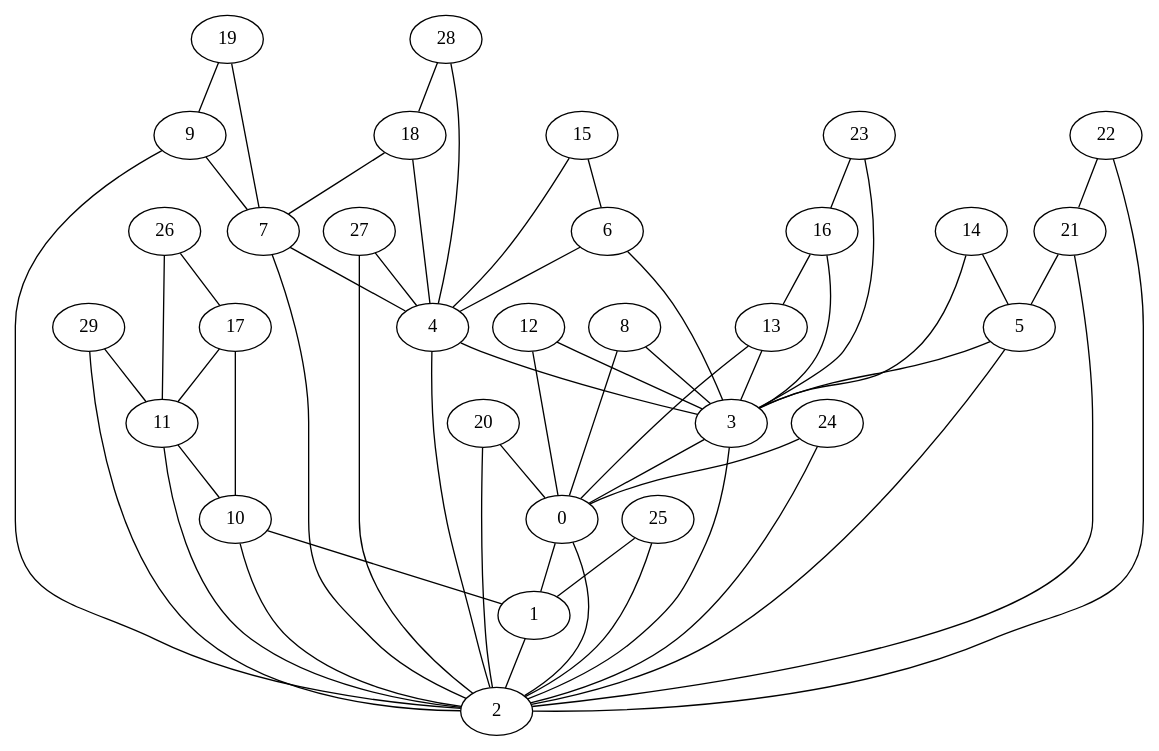
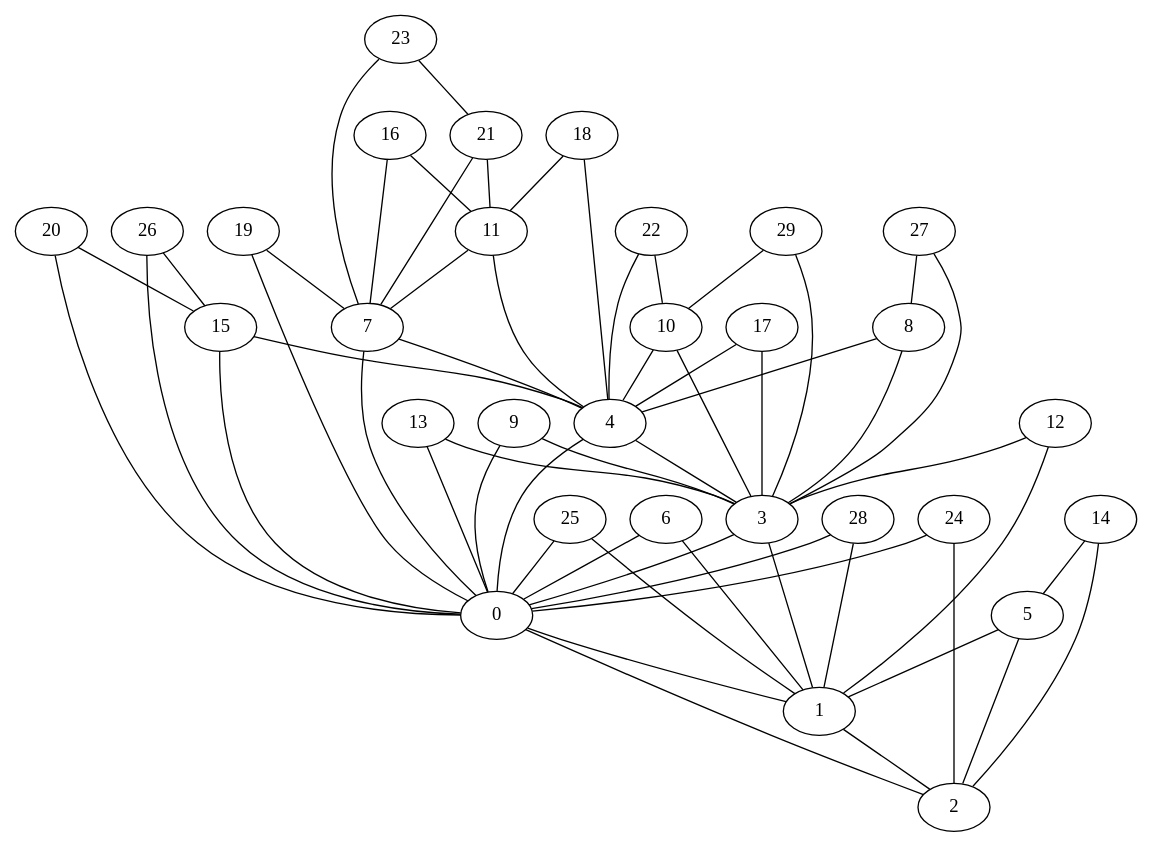
Before and after one commit to amorac4/DAA24: the diagram in grafo_Dorogovtsev-Mendes_30.gv, drawn with Graphviz. The commit also changed 17 other files, not shown here.

```diff
--- a/grafo_Dorogovtsev-Mendes_30.gv
+++ b/grafo_Dorogovtsev-Mendes_30.gv
@@ -1,59 +1,59 @@
 graph G {
+    "16" -- "11";
     "7" -- "4";
-    "29" -- "2";
-    "11" -- "10";
-    "17" -- "10";
+    "3" -- "1";
+    "21" -- "7";
+    "8" -- "4";
+    "20" -- "15";
+    "18" -- "4";
     "20" -- "0";
-    "0" -- "2";
-    "18" -- "4";
-    "27" -- "4";
-    "22" -- "2";
+    "7" -- "0";
+    "6" -- "1";
+    "16" -- "7";
+    "22" -- "4";
+    "11" -- "7";
     "5" -- "2";
     "3" -- "0";
-    "14" -- "3";
+    "17" -- "3";
+    "26" -- "15";
+    "28" -- "0";
     "1" -- "2";
     "25" -- "1";
-    "9" -- "2";
+    "15" -- "0";
+    "10" -- "3";
     "24" -- "0";
-    "16" -- "13";
+    "5" -- "1";
     "19" -- "7";
-    "6" -- "3";
-    "10" -- "1";
-    "16" -- "3";
-    "15" -- "6";
-    "27" -- "2";
-    "28" -- "4";
+    "28" -- "1";
+    "4" -- "0";
+    "18" -- "11";
+    "22" -- "10";
+    "23" -- "7";
+    "27" -- "3";
+    "10" -- "4";
+    "29" -- "10";
     "13" -- "3";
-    "23" -- "3";
-    "20" -- "2";
-    "18" -- "7";
-    "10" -- "2";
-    "12" -- "0";
-    "23" -- "16";
-    "26" -- "11";
-    "3" -- "2";
-    "21" -- "5";
-    "28" -- "18";
+    "25" -- "0";
+    "23" -- "21";
+    "9" -- "3";
+    "21" -- "11";
     "24" -- "2";
-    "8" -- "0";
-    "9" -- "7";
+    "14" -- "2";
+    "11" -- "4";
     "0" -- "1";
-    "7" -- "2";
-    "5" -- "3";
-    "17" -- "11";
     "12" -- "3";
-    "6" -- "4";
-    "22" -- "21";
+    "26" -- "0";
+    "12" -- "1";
     "15" -- "4";
-    "21" -- "2";
-    "11" -- "2";
+    "19" -- "0";
     "13" -- "0";
-    "29" -- "11";
+    "17" -- "4";
     "8" -- "3";
+    "6" -- "0";
     "14" -- "5";
-    "25" -- "2";
-    "26" -- "17";
-    "19" -- "9";
+    "29" -- "3";
+    "9" -- "0";
+    "27" -- "8";
     "4" -- "3";
-    "4" -- "2";
+    "0" -- "2";
 }
```
